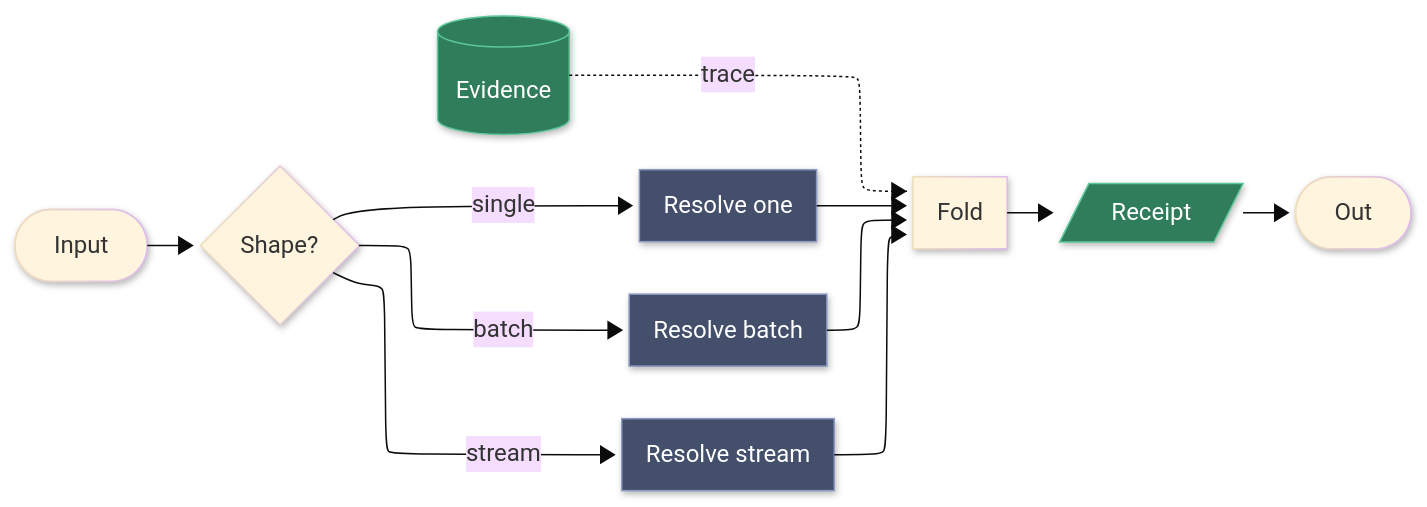
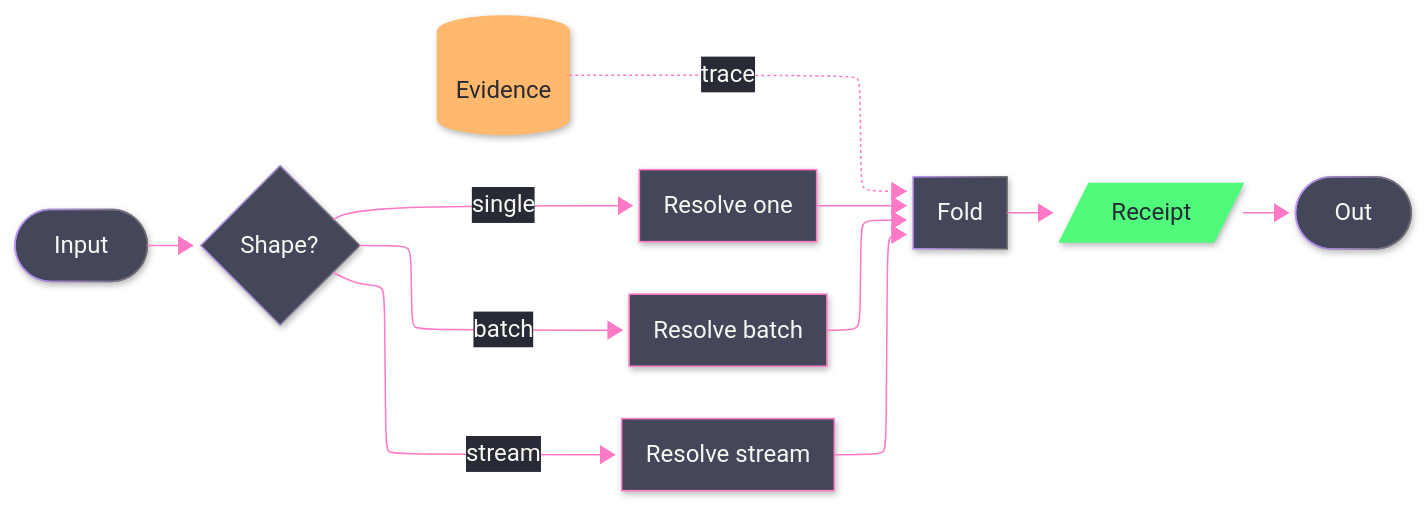
Before and after one commit to bsamiee/Rasm: the diagram in .claude/skills/mermaid-diagramming/templates/logic-flow.mmd.md, drawn with Mermaid. The commit also changed other lines of this file and 17 other files, not shown here.

````diff
--- a/.claude/skills/mermaid-diagramming/templates/logic-flow.mmd.md
+++ b/.claude/skills/mermaid-diagramming/templates/logic-flow.mmd.md
@@ -5,25 +5,36 @@
 ```mermaid
 ---
 config:
   layout: elk
   look: neo
   theme: base
+  themeVariables:
+    darkMode: true
+    background: "#282A36"
+    primaryColor: "#44475A"
+    primaryTextColor: "#F8F8F2"
+    primaryBorderColor: "#BD93F9"
+    lineColor: "#FF79C6"
+    textColor: "#F8F8F2"
+    edgeLabelBackground: "#282A36"
 ---
 flowchart LR
     accTitle: Dispatch and fold
     accDescr: One operation discriminating input shape into three dispatch arms that fold into a merge, yielding a receipt, with a dotted evidence trace.
     In([Input]) --> Shape{Shape?}
     Shape -->|single| ArmA[Resolve one]
     Shape -->|batch| ArmB[Resolve batch]
     Shape -->|stream| ArmC[Resolve stream]
     ArmA --> Fold[Fold]
     ArmB --> Fold
     ArmC --> Fold
     Fold --> Receipt[/Receipt/]
     Receipt --> Out([Out])
     Evidence[(Evidence)] -.->|trace| Fold
-    classDef arm fill:#44506b,stroke:#8b9bc4,color:#ffffff
-    classDef sink fill:#2f7d5b,stroke:#5cc79a,color:#ffffff
-    class ArmA,ArmB,ArmC arm
-    class Receipt,Evidence sink
+    classDef primary fill:#44475A,stroke:#FF79C6,color:#F8F8F2
+    classDef success fill:#50FA7B,stroke:#50FA7B,color:#282A36
+    classDef data fill:#FFB86C,stroke:#FFB86C,color:#282A36
+    class ArmA,ArmB,ArmC primary
+    class Receipt success
+    class Evidence data
 ```
````
